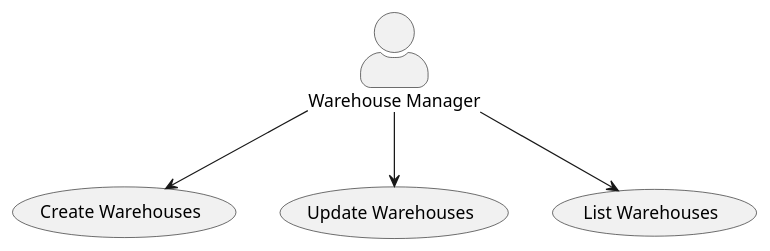
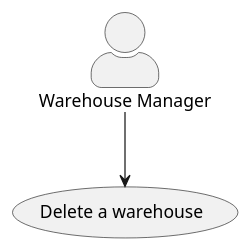
The diagram in Documents/1200720/.puml/UC_Warehouse.puml (0franciscor/dei_3dj_057), drawn with PlantUML before and after one commit. The commit also changed 10 other files, not shown here.

```diff
--- a/Documents/1200720/.puml/UC_Warehouse.puml
+++ b/Documents/1200720/.puml/UC_Warehouse.puml
@@ -1,13 +1,9 @@
 @startuml
 
 skinparam actorStyle awesome
 "Warehouse Manager" as Admin
 
-"Create Warehouses" as (US1)
-"Update Warehouses" as (US2)
-"List Warehouses" as (US5)
+"Delete a warehouse" as (US1)
 
 Admin --> (US1)
-Admin --> (US2)
-Admin --> (US5)
 @enduml
```
